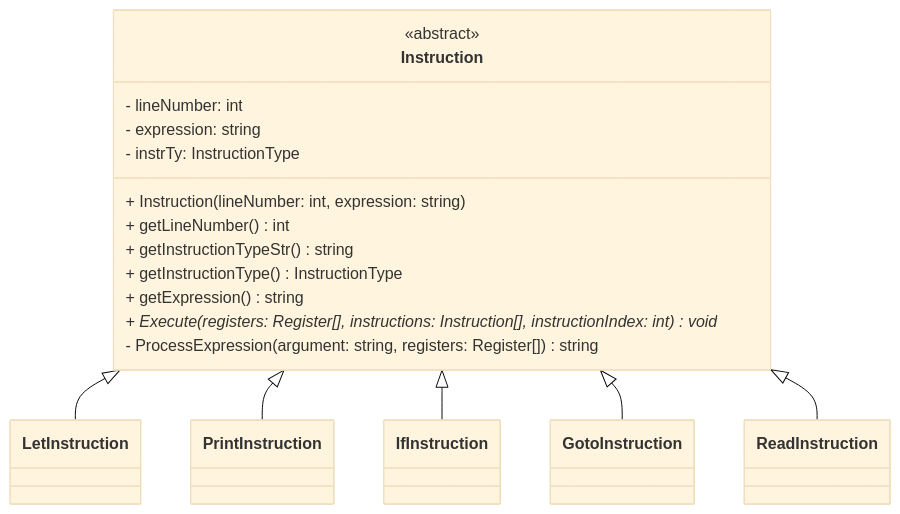
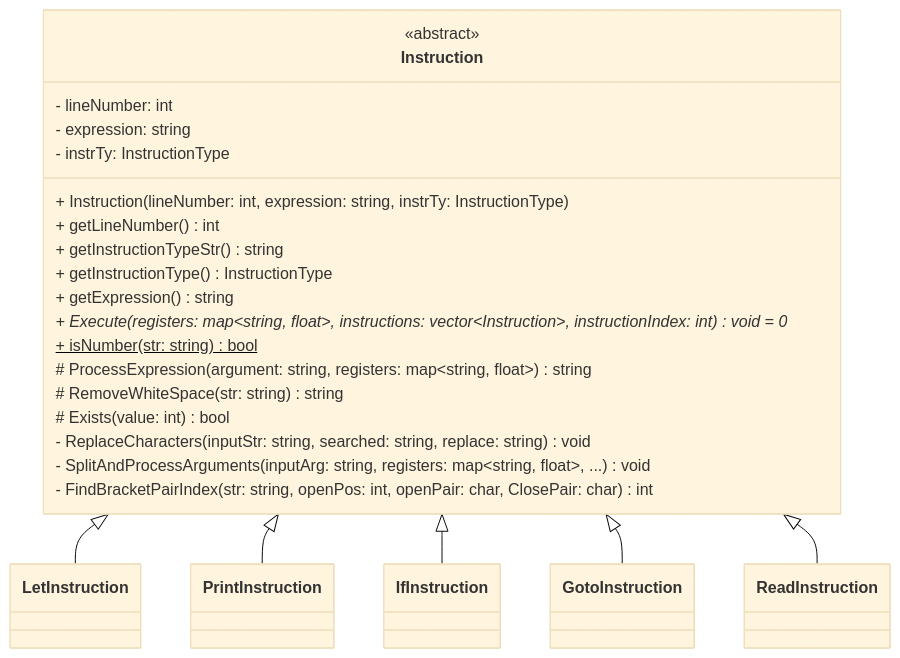
The fourth of 8 diagrams in Project Jporta/DevDoc.md (Spyro1/Basic-Lite-Interpreter), drawn with Mermaid (base theme) before and after one commit. The commit also changed other lines of this file, not shown here.

````diff
--- a/Project Jporta/DevDoc.md
+++ b/Project Jporta/DevDoc.md
@@ -398,22 +404,29 @@
 ```mermaid
 classDiagram
     direction TB
-    class Instruction {
-        <<abstract>>
-        - lineNumber: int
-        - expression: string
-        - instrTy: InstructionType
-        + Instruction(lineNumber: int, expression: string)
-        + getLineNumber() int
-        + getInstructionTypeStr() string
-        + getInstructionType() InstructionType
-        + getExpression() string
-        + Execute(registers: Register[], instructions: Instruction[], instructionIndex: int) void*
-        - ProcessExpression(argument: string, registers: Register[]) string
-    }
+  class Instruction {
+    <<abstract>>
+    - lineNumber: int
+    - expression: string
+    - instrTy: InstructionType
+    + Instruction(lineNumber: int, expression: string, instrTy: InstructionType)
+    + getLineNumber() int
+    + getInstructionTypeStr() string
+    + getInstructionType() InstructionType
+    + getExpression() string
+    + Execute(registers: map~string, float~, instructions: vector~Instruction~, instructionIndex: int) void = 0*
+    + isNumber(str: string) bool$
+    # ProcessExpression(argument: string, registers: map~string, float~) string
+    # RemoveWhiteSpace(str: string) string
+    # Exists(value: int) bool
+    - ReplaceCharacters(inputStr: string, searched: string, replace: string) void
+    - SplitAndProcessArguments(inputArg: string, registers: map~string, float~, ...) void
+  %%        - SplitAndProcessArguments(inputArg: string, registers: vector~Register~, operatorIndex: int, evaluatedArg1: float, evaluatedArg2: float, operatorChars: int) void
+    - FindBracketPairIndex(str: string, openPos: int, openPair: char, ClosePair: char) int
+  }
     Instruction <|-- LetInstruction
     Instruction <|-- PrintInstruction
     Instruction <|-- IfInstruction
     Instruction <|-- GotoInstruction
     Instruction <|-- ReadInstruction
 ```
````
